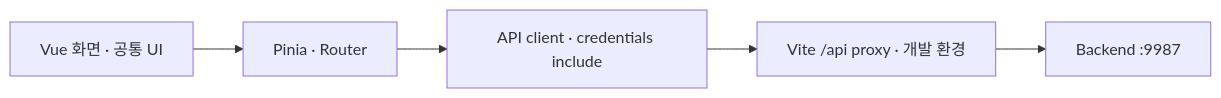
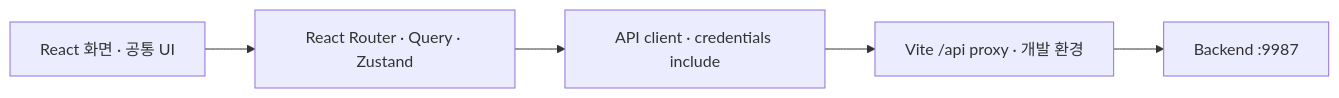
The diagram in README.md (Pubburi/Frontend), drawn with Mermaid before and after one commit. The commit also changed other lines of this file and 67 other files, not shown here.

```diff
--- a/README.md
+++ b/README.md
@@ -325,7 +344,7 @@
 ~~~mermaid
 flowchart LR
-    Views["Vue 화면 · 공통 UI"] --> Stores["Pinia · Router"]
+    Views["React 화면 · 공통 UI"] --> Stores["React Router · Query · Zustand"]
     Stores --> Client["API client · credentials include"]
     Client --> Proxy["Vite /api proxy · 개발 환경"]
     Proxy --> Backend["Backend :9987"]
 ~~~
```
